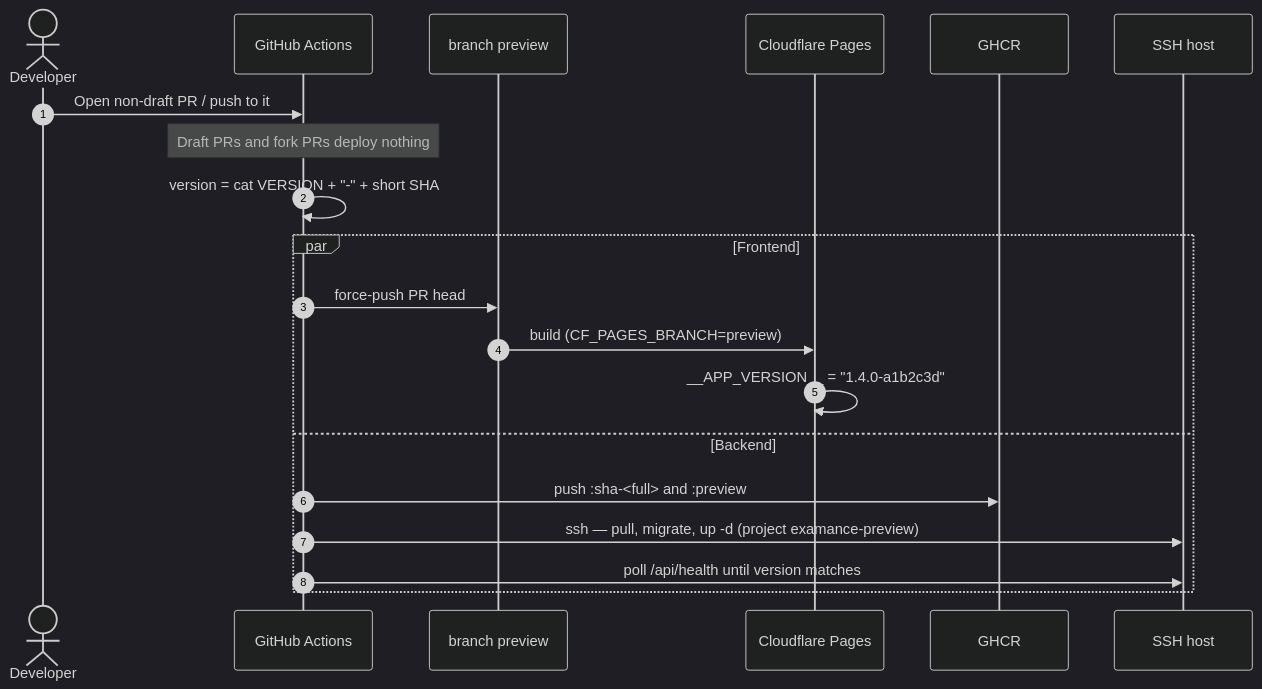
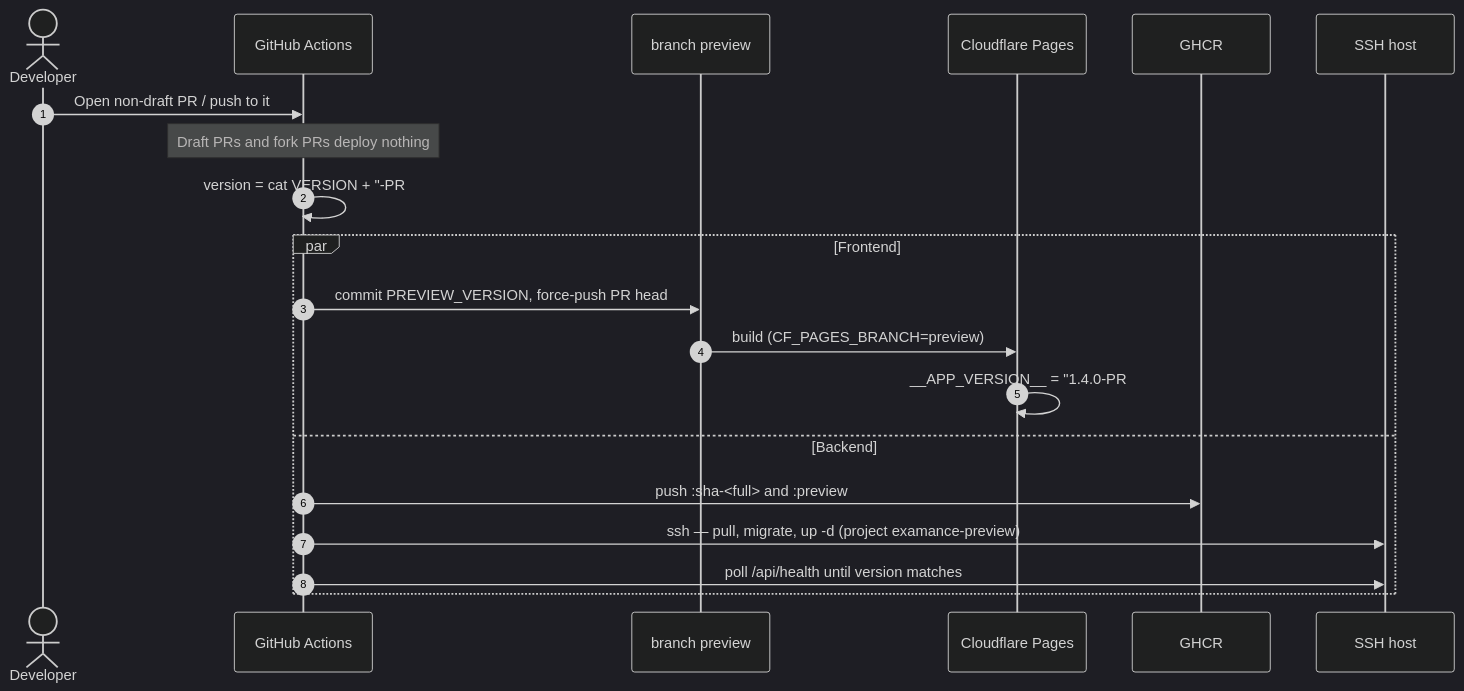
The fourth of 5 diagrams in docs/deployment.md (ValentinHerrmann/Examance), drawn with Mermaid (dark theme) before and after one commit. The commit also changed other lines of this file and 7 other files, not shown here.

First line of the commit message:
Replace preview version commit hash with PR number and build timestamp (#8)

````diff
--- a/docs/deployment.md
+++ b/docs/deployment.md
@@ -135,23 +135,23 @@
 ```mermaid
 sequenceDiagram
     autonumber
     actor D as Developer
     participant GA as GitHub Actions
     participant P as branch preview
     participant CF as Cloudflare Pages
     participant GR as GHCR
     participant S as SSH host
 
     D->>GA: Open non-draft PR / push to it
     Note over GA: Draft PRs and fork PRs deploy nothing
-    GA->>GA: version = cat VERSION + "-" + short SHA
+    GA->>GA: version = cat VERSION + "-PR#<number> [<built-at>]"
     par Frontend
-        GA->>P: force-push PR head
+        GA->>P: commit PREVIEW_VERSION, force-push PR head
         P->>CF: build (CF_PAGES_BRANCH=preview)
-        CF->>CF: __APP_VERSION__ = "1.4.0-a1b2c3d"
+        CF->>CF: __APP_VERSION__ = "1.4.0-PR#123 [18.08.2026 | 14:32]"
     and Backend
         GA->>GR: push :sha-<full> and :preview
         GA->>S: ssh — pull, migrate, up -d (project examance-preview)
         GA->>S: poll /api/health until version matches
     end
 ```
````
